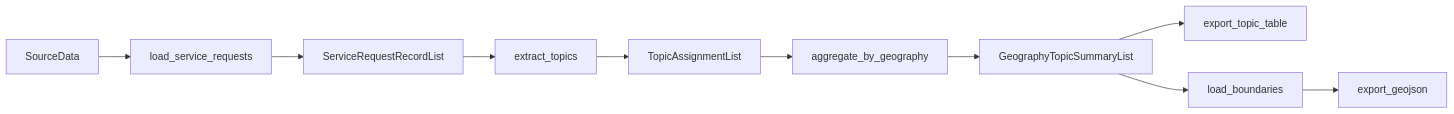
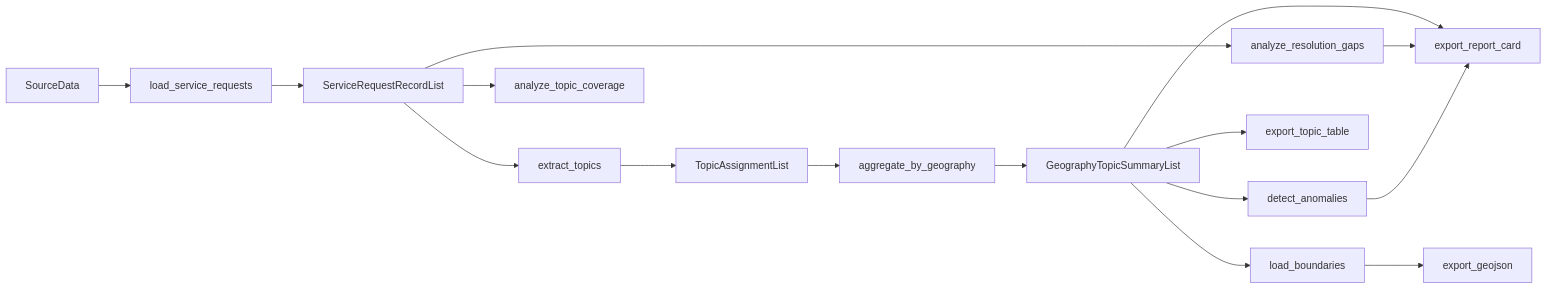
The diagram in docs/architecture.md (random-walks/nyc311), drawn with Mermaid before and after one commit. The commit also changed other lines of this file and 26 other files, not shown here.

````diff
--- a/docs/architecture.md
+++ b/docs/architecture.md
@@ -8,12 +8,18 @@
 ```mermaid
 flowchart LR
     sourceData[SourceData] --> loaders[load_service_requests]
     loaders --> records[ServiceRequestRecordList]
     records --> extract[extract_topics]
+    records --> coverage[analyze_topic_coverage]
+    records --> gaps[analyze_resolution_gaps]
     extract --> assignments[TopicAssignmentList]
     assignments --> aggregate[aggregate_by_geography]
     aggregate --> summaries[GeographyTopicSummaryList]
+    summaries --> anomalies[detect_anomalies]
     summaries --> csvExport[export_topic_table]
     summaries --> geojsonPrep[load_boundaries]
     geojsonPrep --> geojsonExport[export_geojson]
+    summaries --> report[export_report_card]
+    gaps --> report
+    anomalies --> report
 ```
````
